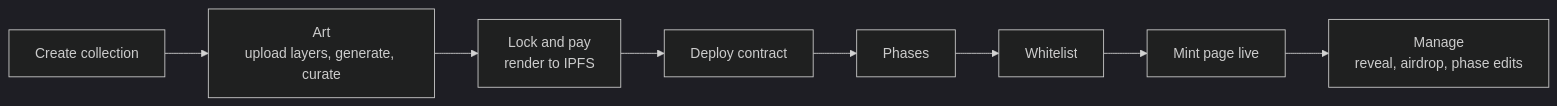
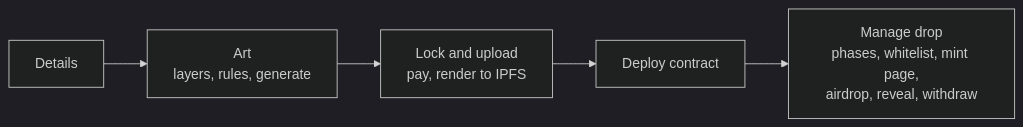
One commit to KobeSergio/cobweb changed the first of 4 diagrams in README.md. Above: the diagram before and after it, drawn with Mermaid (dark theme). The commit also changed other lines of this file and 5 other files, not shown here.

First line of the commit message:
Write the master plan, creator flow spec and plan, and design language

````diff
--- a/README.md
+++ b/README.md
@@ -26,10 +26,7 @@
 ```mermaid
 flowchart LR
-  A[Create collection] --> B[Art<br/>upload layers, generate, curate]
-  B --> C[Lock and pay<br/>render to IPFS]
+  A[Details] --> B[Art<br/>layers, rules, generate]
+  B --> C[Lock and upload<br/>pay, render to IPFS]
   C --> D[Deploy contract]
-  D --> E[Phases]
-  E --> F[Whitelist]
-  F --> G[Mint page live]
-  G --> H[Manage<br/>reveal, airdrop, phase edits]
+  D --> E[Manage drop<br/>phases, whitelist, mint page,<br/>airdrop, reveal, withdraw]
 ```
````
